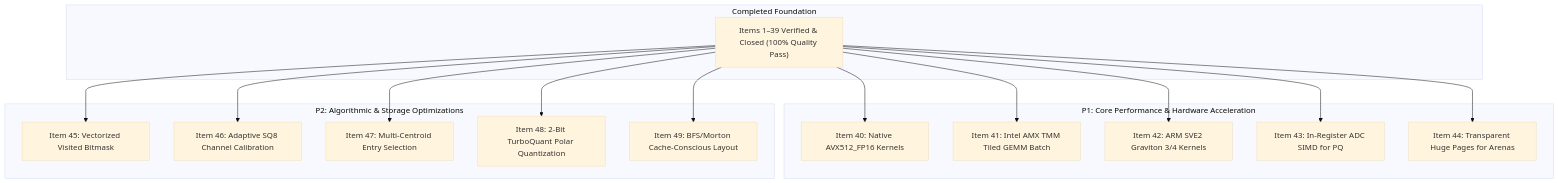
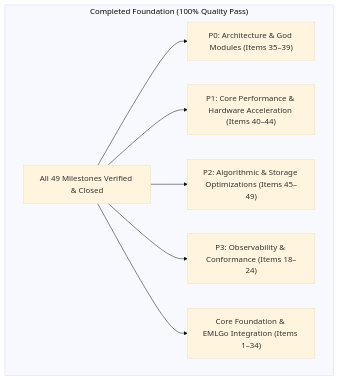
The diagram in docs/roadmap.md (23skdu/longbow), drawn with Mermaid (base theme) before and after one commit. The commit also changed other lines of this file, not shown here.

Commit message:
docs(roadmap): remove completed P1/P2 milestones from active queue to changelog

````diff
--- a/docs/roadmap.md
+++ b/docs/roadmap.md
@@ -23,33 +19,17 @@
 ```mermaid
 graph TD
-    subgraph P1_Perf["P1: Core Performance & Hardware Acceleration"]
-        I40["Item 40: Native AVX512_FP16 Kernels"]
-        I41["Item 41: Intel AMX TMM Tiled GEMM Batch"]
-        I42["Item 42: ARM SVE2 Graviton 3/4 Kernels"]
-        I43["Item 43: In-Register ADC SIMD for PQ"]
-        I44["Item 44: Transparent Huge Pages for Arenas"]
+    subgraph Complete["Completed Foundation (100% Quality Pass)"]
+        ALL["All 49 Milestones Verified & Closed"]
+        P0["P0: Architecture & God Modules (Items 35–39)"]
+        P1["P1: Core Performance & Hardware Acceleration (Items 40–44)"]
+        P2["P2: Algorithmic & Storage Optimizations (Items 45–49)"]
+        P3["P3: Observability & Conformance (Items 18–24)"]
+        FOUNDATION["Core Foundation & EMLGo Integration (Items 1–34)"]
     end
 
-    subgraph P2_Algo["P2: Algorithmic & Storage Optimizations"]
-        I45["Item 45: Vectorized Visited Bitmask"]
-        I46["Item 46: Adaptive SQ8 Channel Calibration"]
-        I47["Item 47: Multi-Centroid Entry Selection"]
-        I48["Item 48: 2-Bit TurboQuant Polar Quantization"]
-        I49["Item 49: BFS/Morton Cache-Conscious Layout"]
-    end
-
-    subgraph Complete["Completed Foundation"]
-        ALL["Items 1–39 Verified & Closed (100% Quality Pass)"]
-    end
-
-    ALL --> I40
-    ALL --> I41
-    ALL --> I42
-    ALL --> I43
-    ALL --> I44
-    ALL --> I45
-    ALL --> I46
-    ALL --> I47
-    ALL --> I48
-    ALL --> I49
+    ALL --> P0
+    ALL --> P1
+    ALL --> P2
+    ALL --> P3
+    ALL --> FOUNDATION
 ```
````
